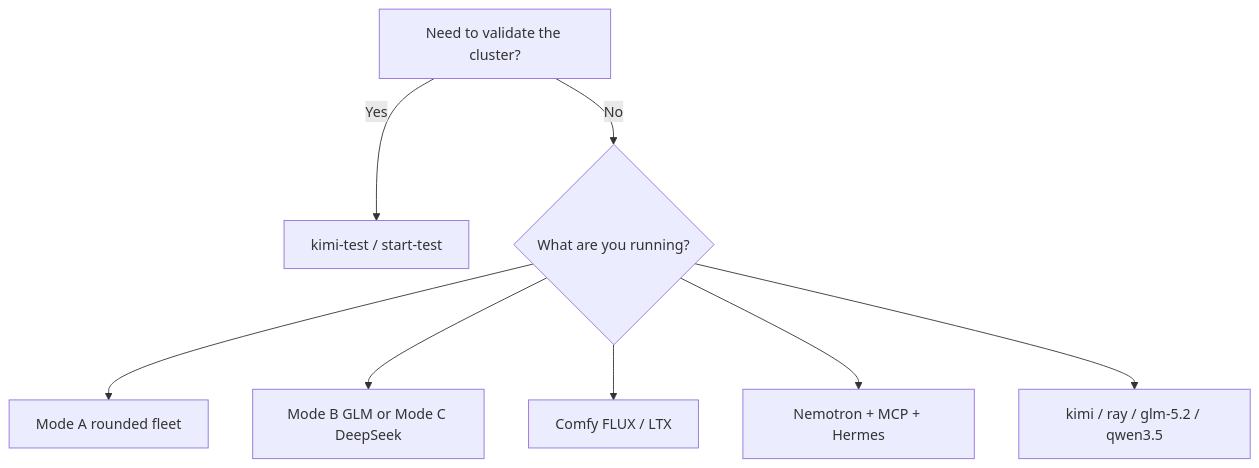
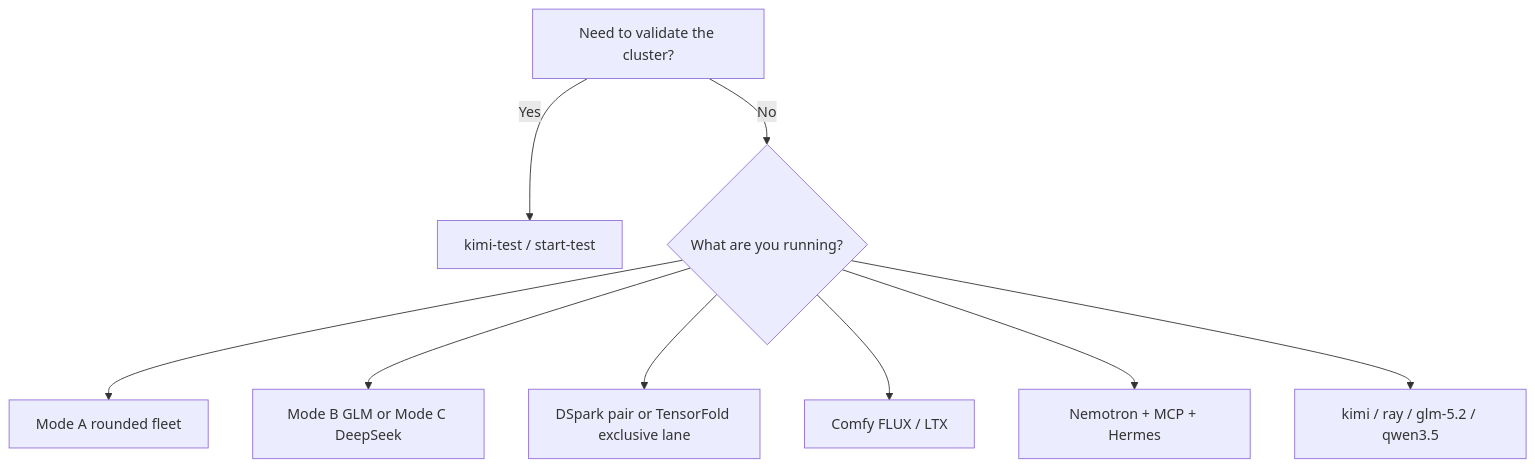
One commit to toxicoder/nvidia-dgx-spark-lab changed the diagram in docs/start/profiles.mdx. Above: the diagram before and after it, drawn with Mermaid. The commit also changed other lines of this file and 396 other files, not shown here.

````diff
--- a/docs/start/profiles.mdx
+++ b/docs/start/profiles.mdx
@@ -24,10 +24,11 @@
 ```mermaid
 flowchart TD
   A[Need to validate the cluster?] -->|Yes| T[kimi-test / start-test]
   A -->|No| B{What are you running?}
   B --> Daily[Mode A rounded fleet]
   B --> Exclusive[Mode B GLM or Mode C DeepSeek]
+  B --> MiaAI[DSpark pair or TensorFold exclusive lane]
   B --> Visual[Comfy FLUX / LTX]
   B --> Agents[Nemotron + MCP + Hermes]
   B --> Classic[kimi / ray / glm-5.2 / qwen3.5]
 ```
````
